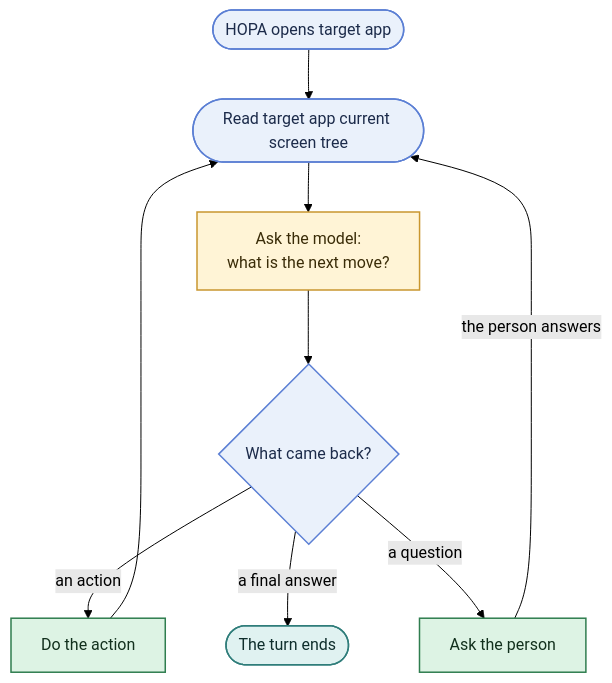
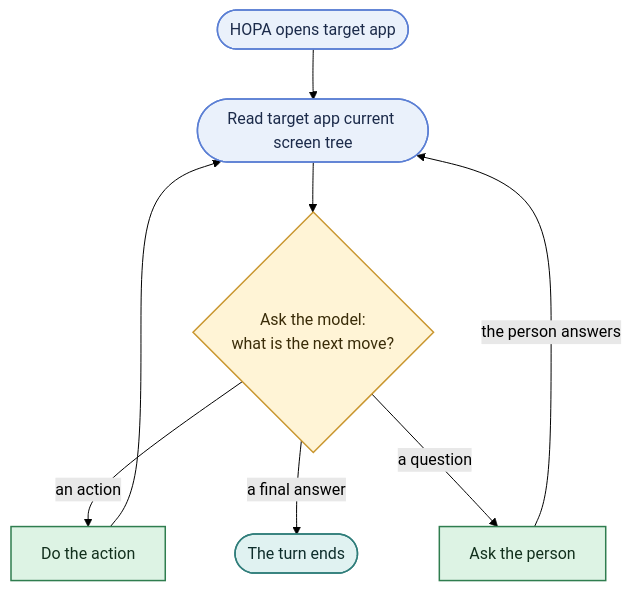
One commit to agents-demo/hopa changed the second of 3 diagrams in docs/design/architecture/turn-flow.md. Above: the diagram before and after it, drawn with Mermaid (forest theme). The commit also changed other lines of this file and 4 other files, not shown here.

First line of the commit message:
docs(architecture): the loop picture asks the model in the diamond

````diff
--- a/docs/design/architecture/turn-flow.md
+++ b/docs/design/architecture/turn-flow.md
@@ -51,22 +51,20 @@
 ```mermaid
 flowchart TD
   IN(["HOPA opens target app"]) --> S(["Read target app current screen tree"])
-  S --> ASK["Ask the model:<br/>what is the next move?"]
-  ASK --> R{"What came back?"}
+  S --> R{"Ask the model:<br/>what is the next move?"}
   ACT["Do the action"]:::execute
   ACT --> S
   R -->|"an action"| ACT
   R -->|"a final answer"| END(["The turn ends"]):::answer
   R -->|"a question"| Q["Ask the person"]:::execute
   Q -->|"the person answers"| S
 
   classDef io fill:#EAF1FB,stroke:#5B7FD4,color:#1C2B4A,stroke-width:1.5px
   classDef model fill:#FFF4D6,stroke:#C9962F,color:#3A2C08,stroke-width:1.5px
   classDef execute fill:#DDF3E4,stroke:#2F7D4F,color:#12301D,stroke-width:1.5px
   classDef answer fill:#E0F2F1,stroke:#2F7D7A,color:#0F2E2C,stroke-width:1.5px
   classDef question fill:#EAF1FB,stroke:#5B7FD4,color:#1C2B4A,stroke-width:1.5px,stroke-dasharray:5 3
 
   class IN,S io
-  class ASK model
-  class R io
+  class R model
 ```
````
